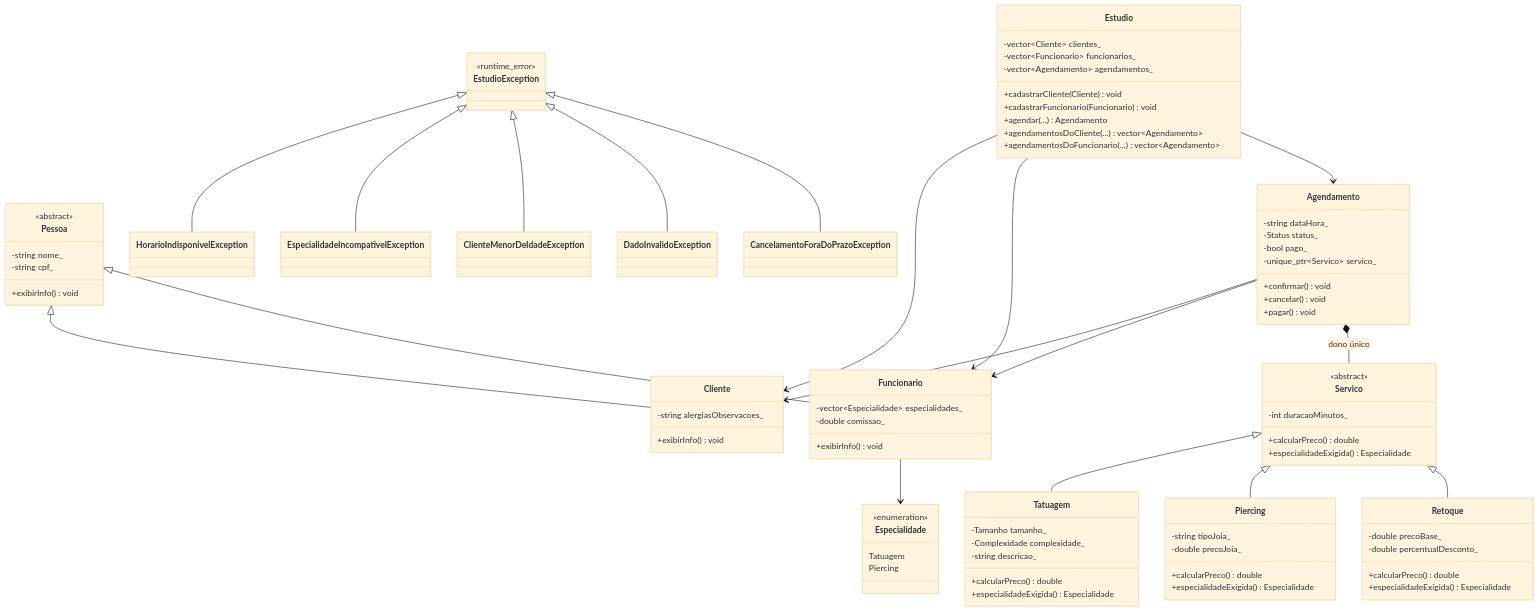
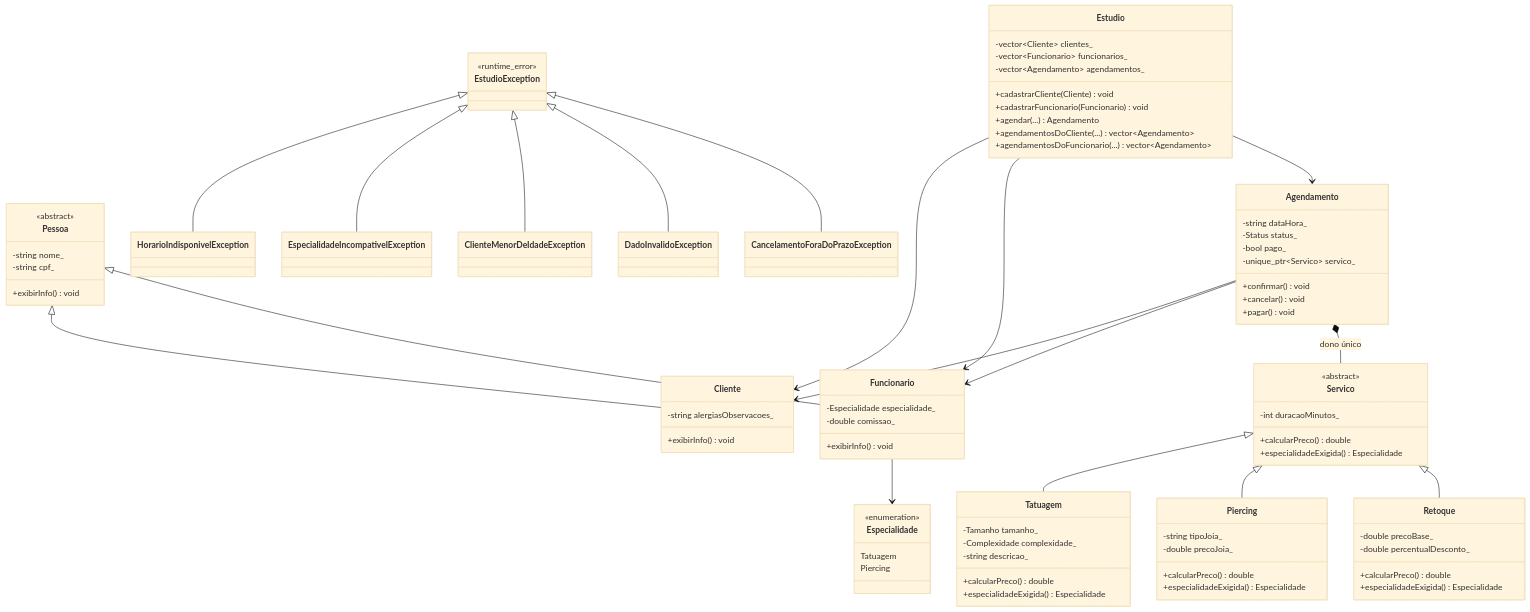
One commit to lfvperes/estudio-tatuagem changed the diagram in README.md. Above: the diagram before and after it, drawn with Mermaid (base theme).

Commit message:
docs: funcionário tem uma única especialidade

```diff
--- a/README.md
+++ b/README.md
@@ -38,7 +38,7 @@
     }
 
     class Funcionario {
-        -vector~Especialidade~ especialidades_
+        -Especialidade especialidade_
         -double comissao_
         +exibirInfo() void
     }
```
